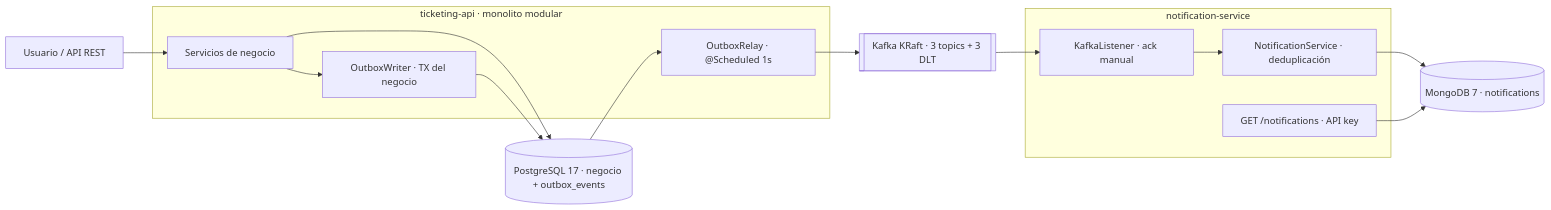
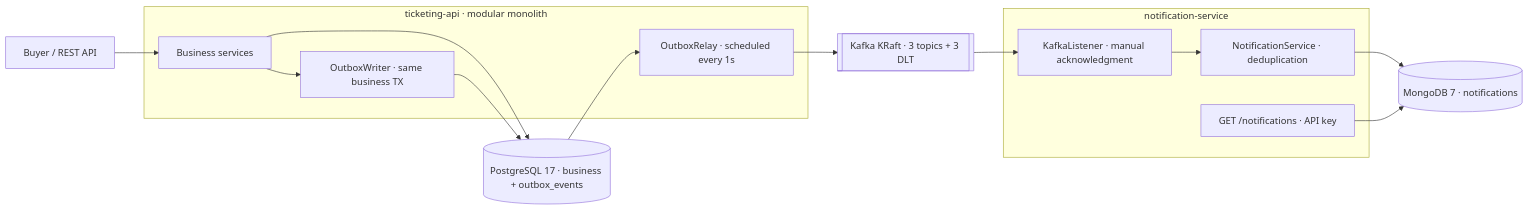
The first of 2 diagrams in docs/phase-5/F5-01-technical-design.md (dab960405/tickeringsystem), drawn with Mermaid before and after one commit. The commit also changed other lines of this file and 2 other files, not shown here.

````diff
--- a/docs/phase-5/F5-01-technical-design.md
+++ b/docs/phase-5/F5-01-technical-design.md
@@ -37,27 +39,27 @@
 ```mermaid
 flowchart LR
-  User["Usuario / API REST"]
-  subgraph API["ticketing-api · monolito modular"]
-    Business["Servicios de negocio"]
-    Writer["OutboxWriter · TX del negocio"]
-    Relay["OutboxRelay · @Scheduled 1s"]
+  User["Buyer / REST API"]
+  subgraph API["ticketing-api · modular monolith"]
+    Business["Business services"]
+    Writer["OutboxWriter · same business TX"]
+    Relay["OutboxRelay · scheduled every 1s"]
   end
-  PG[("PostgreSQL 17 · negocio + outbox_events")]
+  PG[("PostgreSQL 17 · business + outbox_events")]
   Broker[["Kafka KRaft · 3 topics + 3 DLT"]]
   subgraph NS["notification-service"]
-    Listener["KafkaListener · ack manual"]
-    Logic["NotificationService · deduplicación"]
+    Listener["KafkaListener · manual acknowledgment"]
+    Logic["NotificationService · deduplication"]
     Query["GET /notifications · API key"]
   end
   Mongo[("MongoDB 7 · notifications")]
   User --> Business
   Business --> Writer
   Business --> PG
   Writer --> PG
   PG --> Relay
   Relay --> Broker
   Broker --> Listener
   Listener --> Logic
   Logic --> Mongo
   Query --> Mongo
 ```
````
